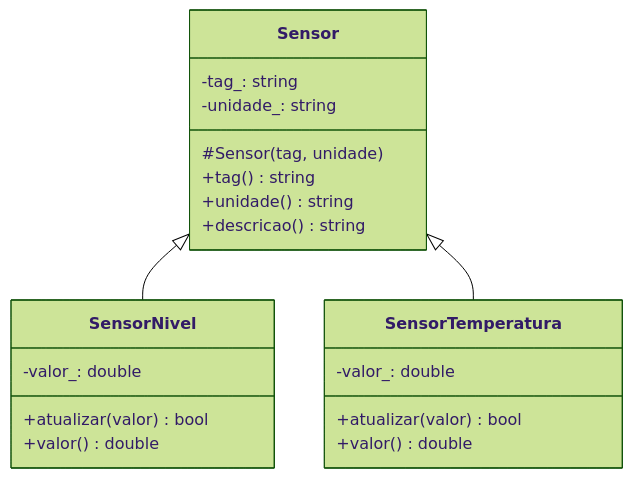
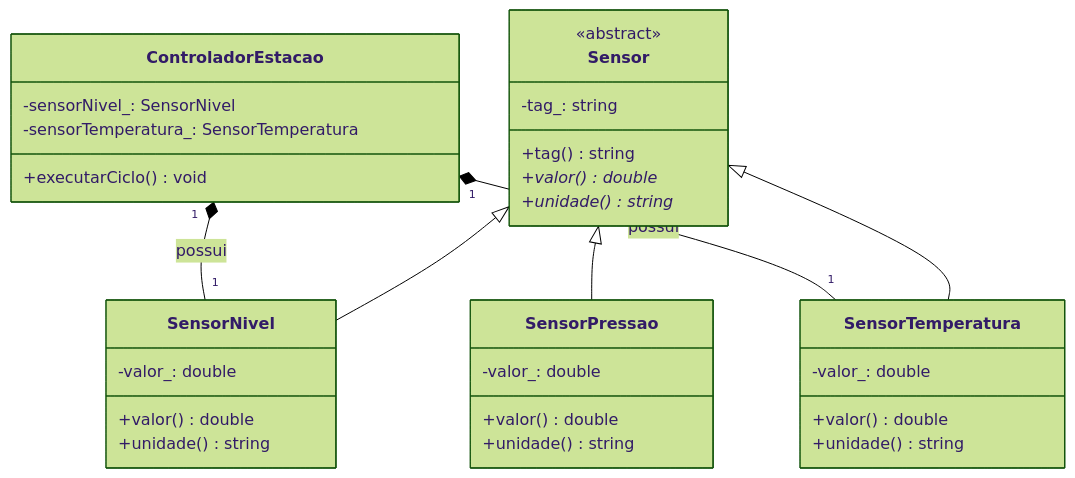
One commit to rafaelrezo/curso-poo changed the diagram in docs/fundamentos_poo_cpp_python/06_heranca_polimorfismo/index.md. Above: the diagram before and after it, drawn with Mermaid (forest theme). The commit also changed other lines of this file, not shown here.

````diff
--- a/docs/fundamentos_poo_cpp_python/06_heranca_polimorfismo/index.md
+++ b/docs/fundamentos_poo_cpp_python/06_heranca_polimorfismo/index.md
@@ -57,23 +35,35 @@
 ```mermaid
 classDiagram
     class Sensor {
+        <<abstract>>
         -tag_: string
-        -unidade_: string
-        #Sensor(tag, unidade)
         +tag() string
-        +unidade() string
-        +descricao() string
+        +valor() double*
+        +unidade() string*
     }
     class SensorNivel {
         -valor_: double
-        +atualizar(valor) bool
         +valor() double
+        +unidade() string
     }
     class SensorTemperatura {
         -valor_: double
-        +atualizar(valor) bool
         +valor() double
+        +unidade() string
+    }
+    class SensorPressao {
+        -valor_: double
+        +valor() double
+        +unidade() string
+    }
+    class ControladorEstacao {
+        -sensorNivel_: SensorNivel
+        -sensorTemperatura_: SensorTemperatura
+        +executarCiclo() void
     }
     Sensor <|-- SensorNivel
     Sensor <|-- SensorTemperatura
+    Sensor <|-- SensorPressao
+    ControladorEstacao "1" *-- "1" SensorNivel : possui
+    ControladorEstacao "1" *-- "1" SensorTemperatura : possui
 ```
````
